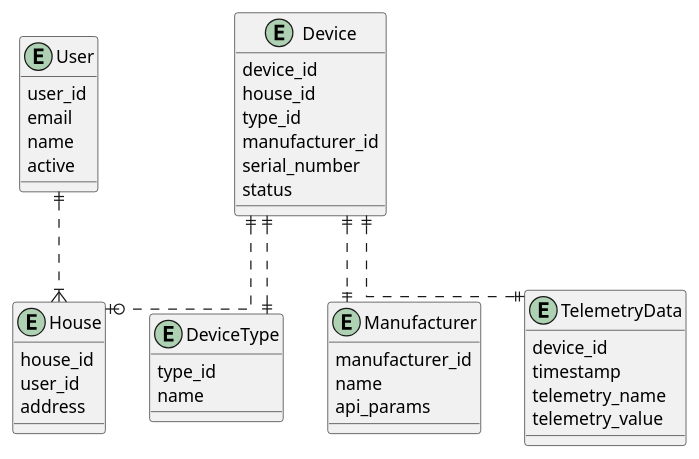
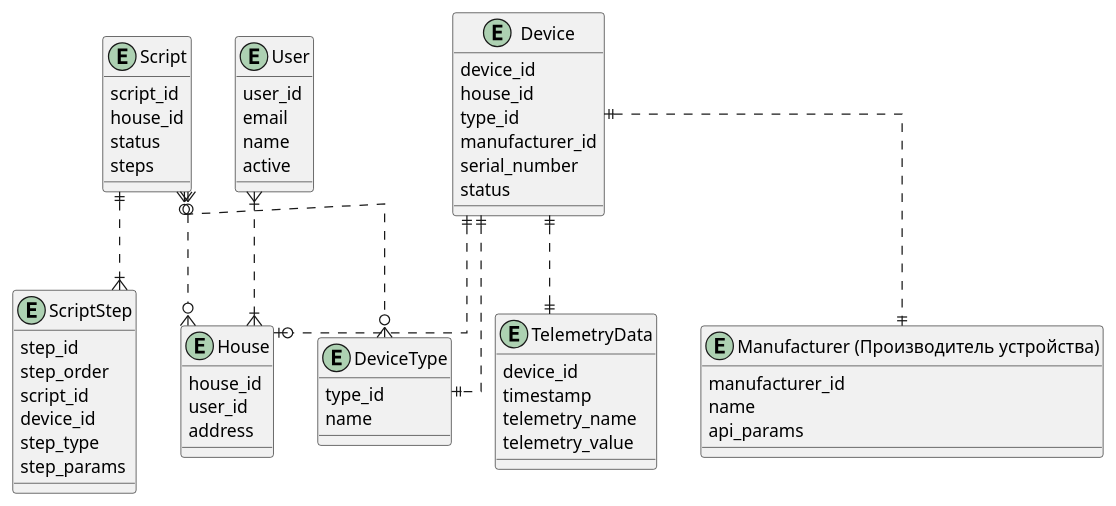
Before and after one commit to TheDonrad/yap-architecture-sprint-3: the diagram in docs/er.puml, drawn with PlantUML. The commit also changed 6 other files, not shown here.

```diff
--- a/docs/er.puml
+++ b/docs/er.puml
@@ -1,53 +1,71 @@
 @startuml
 
 skinparam linetype ortho
 
 entity "User" as User {
   user_id
   email
   name
   active
 }
 
 entity "House" as House {
   house_id
   user_id
   address
 }
 
 entity "Device" as Device {
   device_id
   house_id
   type_id
   manufacturer_id
   serial_number
   status
 }
 
+
+entity "Script" as Script {
+  script_id
+  house_id
+  status
+  steps
+}
+
+entity "ScriptStep" as ScriptStep {
+  step_id
+  step_order
+  script_id
+  device_id
+  step_type
+  step_params
+}
+
 entity "DeviceType" as DeviceType {
   type_id
   name
 }
 
-
-entity "Manufacturer" as Manufacturer {
+entity "Manufacturer (Производитель устройства)" as Manufacturer {
   manufacturer_id
   name
   api_params
 }
-
 
 entity "TelemetryData" as TelemetryData {
   device_id
   timestamp
   telemetry_name
   telemetry_value
 }
 
-User ||..|{ House
+User }|..|{ House
 Device ||..o| House
 Device ||..|| DeviceType
 Device ||..|| TelemetryData
 Device ||..|| Manufacturer
+Script ||..|{ ScriptStep
+Script }o..o{ House
+Script }o..o{ DeviceType
 
 @enduml
```
